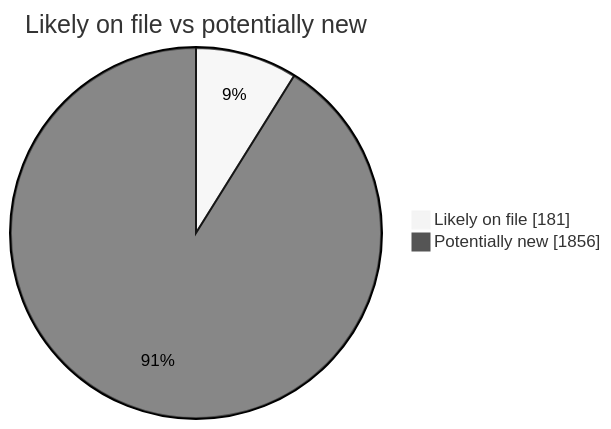
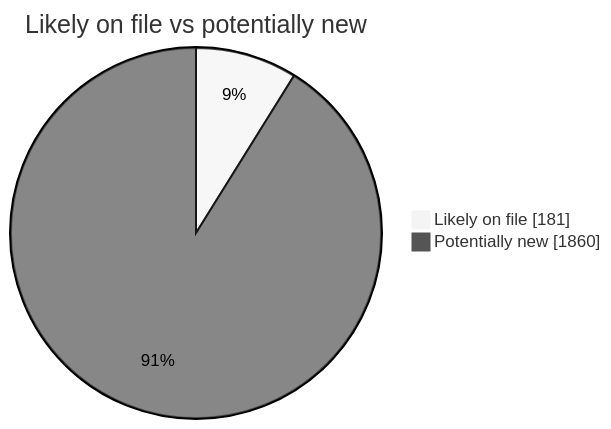
The second of 4 diagrams in README.md (martinbalfanz/social-scanner-reports), drawn with Mermaid (neutral theme) before and after one commit. The commit also changed other lines of this file and 4 other files, not shown here.

````diff
--- a/README.md
+++ b/README.md
@@ -40,5 +40,5 @@
 ```mermaid
 pie showData title Likely on file vs potentially new
     "Likely on file" : 181
-    "Potentially new" : 1856
+    "Potentially new" : 1860
 ```
````
